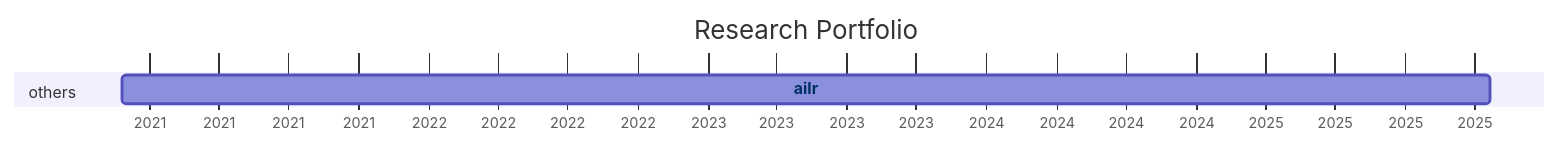
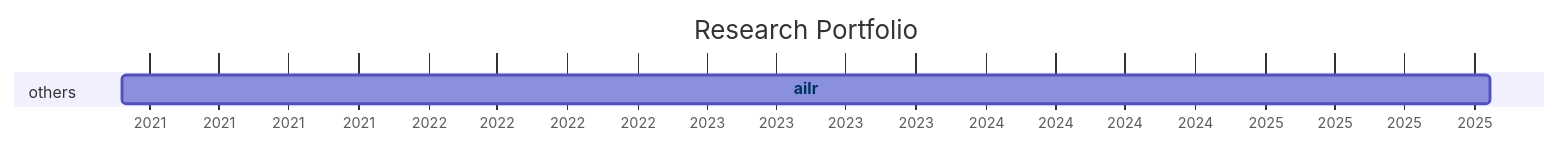
The diagram in docs/20-research/25-projects-gantt.md (digital-work-lab/handbook), drawn with Mermaid before and after one commit.

Commit message:
Update repository overview

````diff
--- a/docs/20-research/25-projects-gantt.md
+++ b/docs/20-research/25-projects-gantt.md
@@ -8,21 +8,21 @@
 ```mermaid
 ---
 displayMode: compact
 ---
 gantt
 title Research Portfolio
 dateFormat YYYY-MM-DD
 axisFormat %Y
 
     section work_practices
 
     section distributed_organizing
 
     section knowledge_synthesis
 
     section others
-        ailr :ailr, 2020-11-26, 2025-10-21
+        ailr :ailr, 2020-11-26, 2025-10-22
 
 
     click ailr href "{{ site.baseurl }}/docs/10-lab/18-resources/ailr.html"
 ```
````
